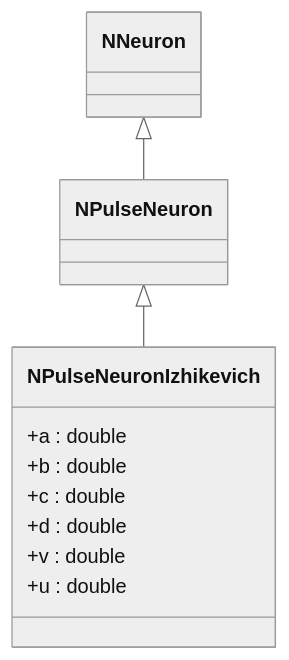
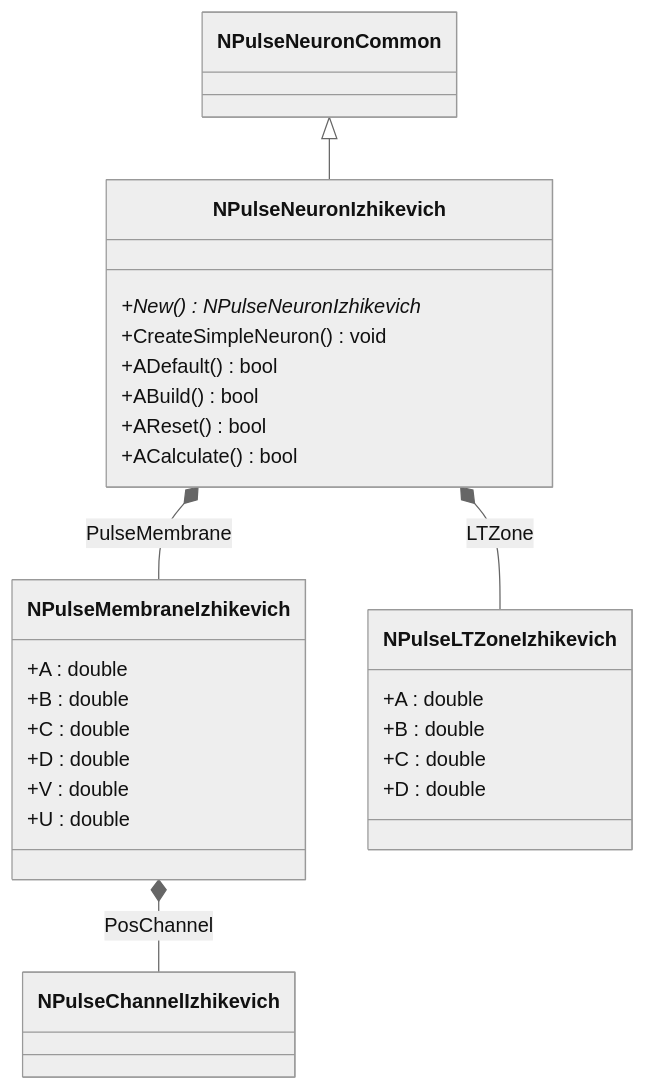
The first of 10 diagrams in Docs/Components/NPulseNeuronIzhikevich.md (aicommunity/Nmsdk-PulseLib), drawn with Mermaid (neutral theme) before and after one commit. The commit also changed other lines of this file and 196 other files, not shown here.

````diff
--- a/Docs/Components/NPulseNeuronIzhikevich.md
+++ b/Docs/Components/NPulseNeuronIzhikevich.md
@@ -7,13 +17,29 @@
 ```mermaid
 classDiagram
-    NNeuron <|-- NPulseNeuron
-    NPulseNeuron <|-- NPulseNeuronIzhikevich
+    NPulseNeuronCommon <|-- NPulseNeuronIzhikevich
+    NPulseNeuronIzhikevich *-- NPulseMembraneIzhikevich : PulseMembrane
+    NPulseNeuronIzhikevich *-- NPulseLTZoneIzhikevich : LTZone
+    NPulseMembraneIzhikevich *-- NPulseChannelIzhikevich : PosChannel
     class NPulseNeuronIzhikevich {
-        +a : double
-        +b : double
-        +c : double
-        +d : double
-        +v : double
-        +u : double
+        +New() NPulseNeuronIzhikevich*
+        +CreateSimpleNeuron() void
+        +ADefault() bool
+        +ABuild() bool
+        +AReset() bool
+        +ACalculate() bool
+    }
+    class NPulseMembraneIzhikevich {
+        +A : double
+        +B : double
+        +C : double
+        +D : double
+        +V : double
+        +U : double
+    }
+    class NPulseLTZoneIzhikevich {
+        +A : double
+        +B : double
+        +C : double
+        +D : double
     }
 ```
````
